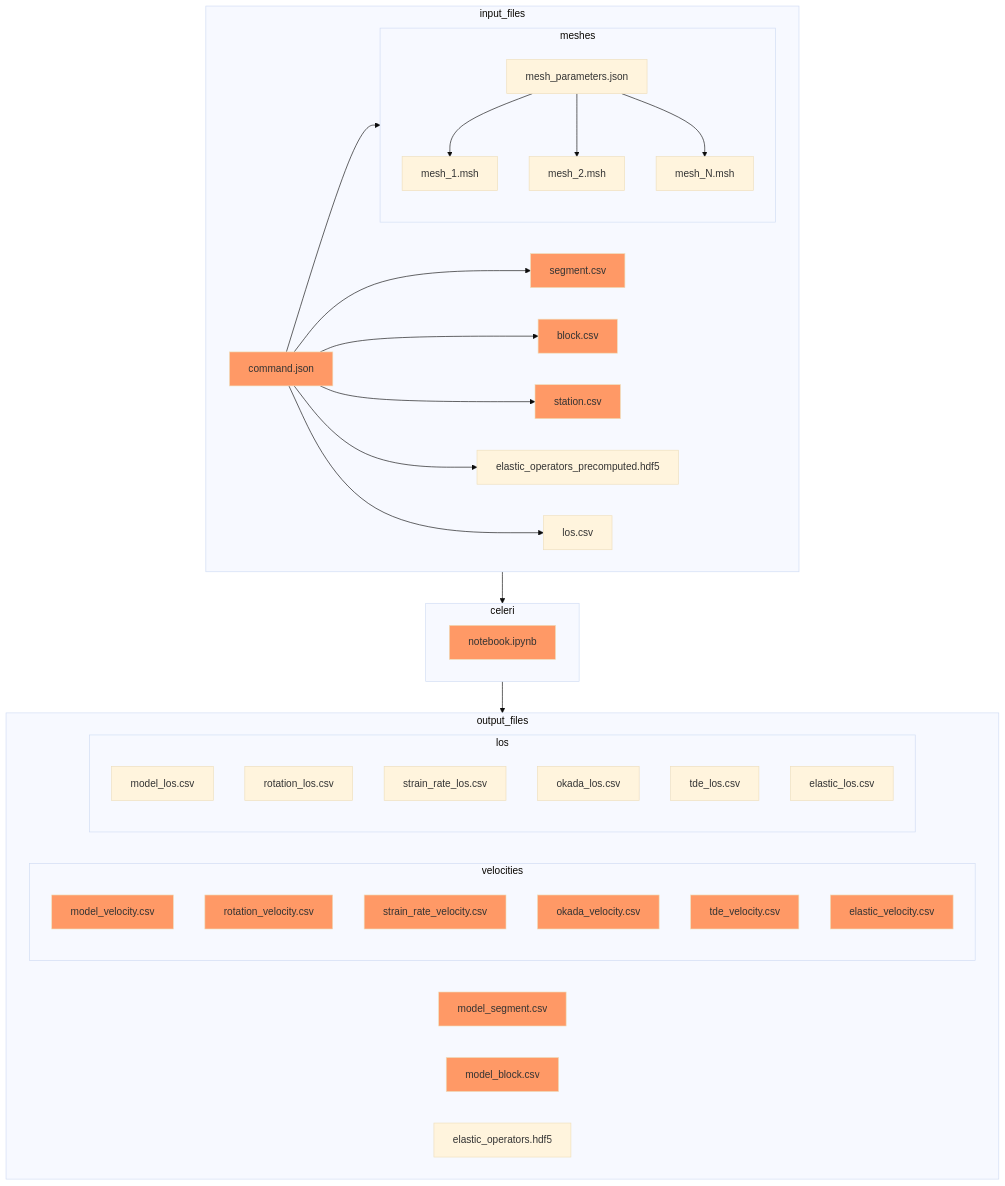
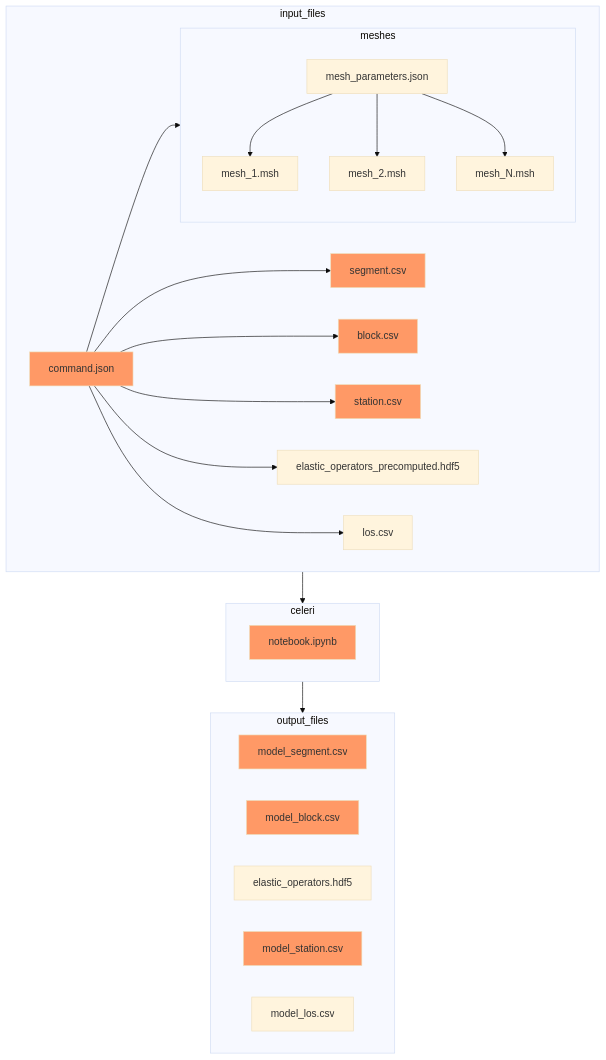
The diagram in README.md (brendanjmeade/celeri), drawn with Mermaid (base theme) before and after one commit. The commit also changed other lines of this file, not shown here.

Commit message:
Reflect new output files

````diff
--- a/README.md
+++ b/README.md
@@ -81,44 +81,30 @@
 ```mermaid
 flowchart TD
   classDef required fill:#f96;
   subgraph input_files
     command.json:::required --> segment.csv:::required
     command.json:::required --> block.csv:::required
     command.json:::required --> station.csv:::required
     subgraph meshes
       mesh_parameters.json
       mesh_parameters.json --> mesh_1.msh
       mesh_parameters.json --> mesh_2.msh
       mesh_parameters.json --> mesh_N.msh
     end
     command.json --> meshes
     command.json --> elastic_operators_precomputed.hdf5
     command.json --> los.csv
   end
   subgraph celeri
     notebook.ipynb:::required
   end
   subgraph output_files
     model_segment.csv:::required
     model_block.csv:::required
     elastic_operators.hdf5
-    subgraph velocities
-      model_velocity.csv:::required
-      rotation_velocity.csv:::required
-      strain_rate_velocity.csv:::required
-      okada_velocity.csv:::required
-      tde_velocity.csv:::required
-      elastic_velocity.csv:::required
-    end
-    subgraph los
-      model_los.csv
-      rotation_los.csv
-      strain_rate_los.csv
-      okada_los.csv
-      tde_los.csv
-      elastic_los.csv
-    end
+    model_station.csv:::required
+    model_los.csv
   end
   input_files --> celeri
   celeri --> output_files
 ```
````
